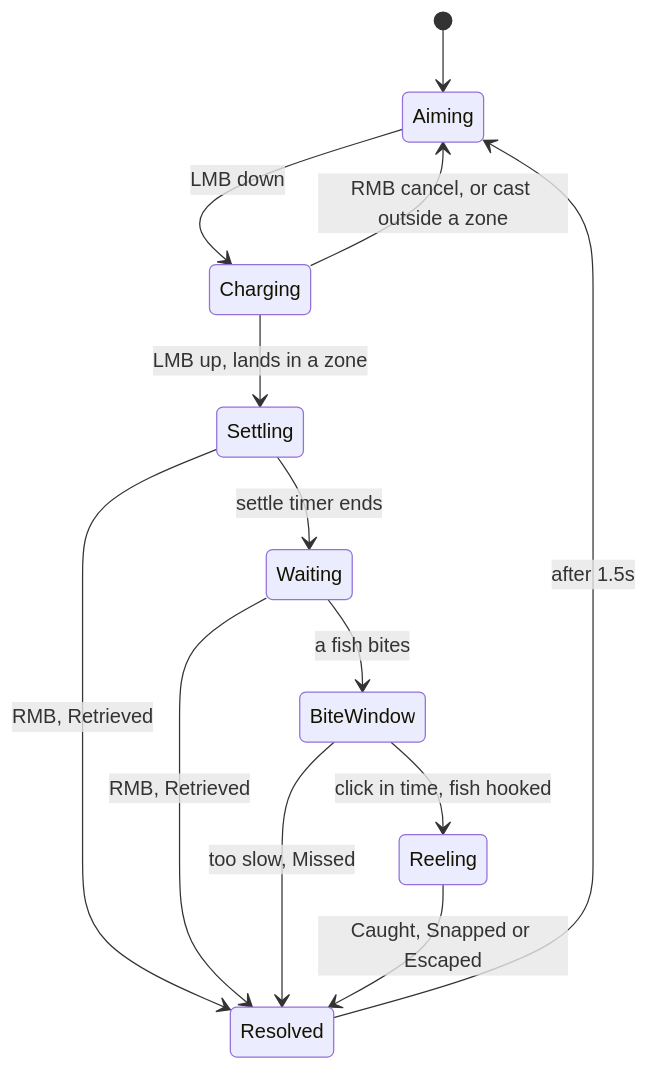
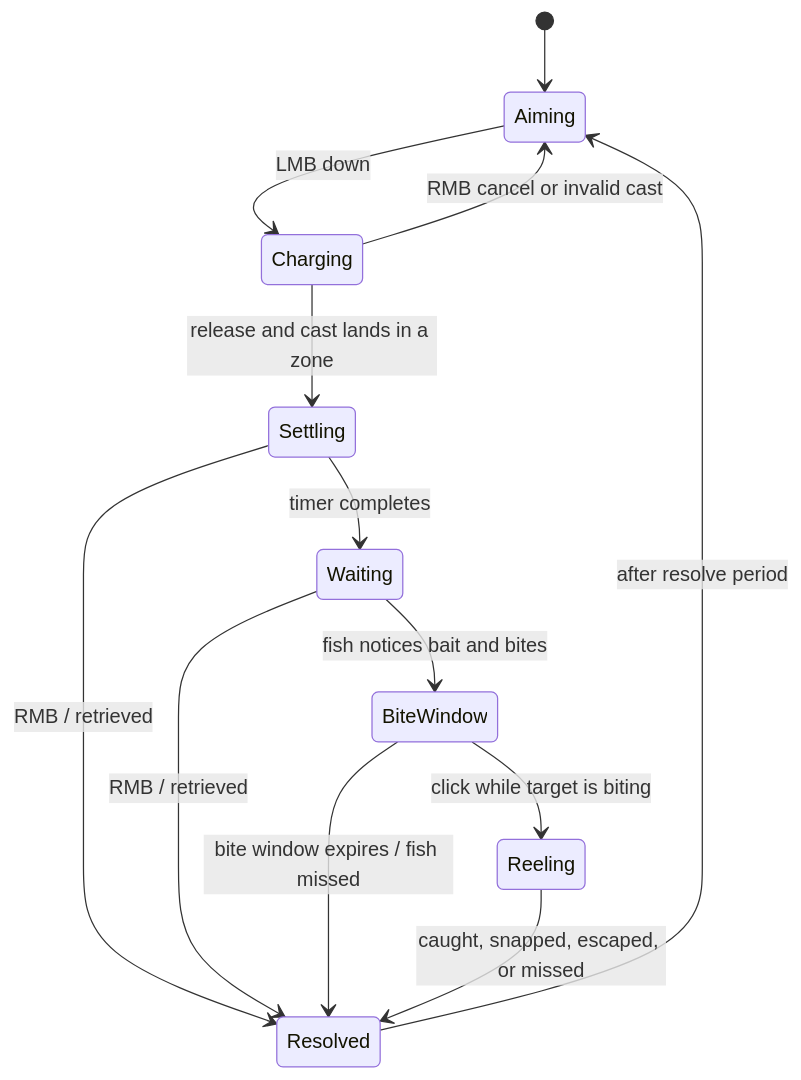
One commit to ZEENCL/tidebook changed the eighth of 9 diagrams in DevNotes/UML-Diagram.md. Above: the diagram before and after it, drawn with Mermaid. The commit also changed other lines of this file and 3 other files, not shown here.

Commit message:
Added README, LICENSE, Updated UML Diagrams

````diff
--- a/DevNotes/UML-Diagram.md
+++ b/DevNotes/UML-Diagram.md
@@ -609,15 +789,15 @@
 ```mermaid
 stateDiagram-v2
     [*] --> Aiming
     Aiming --> Charging : LMB down
-    Charging --> Aiming : RMB cancel, or cast outside a zone
-    Charging --> Settling : LMB up, lands in a zone
-    Settling --> Waiting : settle timer ends
-    Settling --> Resolved : RMB, Retrieved
-    Waiting --> BiteWindow : a fish bites
-    Waiting --> Resolved : RMB, Retrieved
-    BiteWindow --> Reeling : click in time, fish hooked
-    BiteWindow --> Resolved : too slow, Missed
-    Reeling --> Resolved : Caught, Snapped or Escaped
-    Resolved --> Aiming : after 1.5s
+    Charging --> Aiming : RMB cancel or invalid cast
+    Charging --> Settling : release and cast lands in a zone
+    Settling --> Waiting : timer completes
+    Settling --> Resolved : RMB / retrieved
+    Waiting --> BiteWindow : fish notices bait and bites
+    Waiting --> Resolved : RMB / retrieved
+    BiteWindow --> Reeling : click while target is biting
+    BiteWindow --> Resolved : bite window expires / fish missed
+    Reeling --> Resolved : caught, snapped, escaped, or missed
+    Resolved --> Aiming : after resolve period
 ```
````
